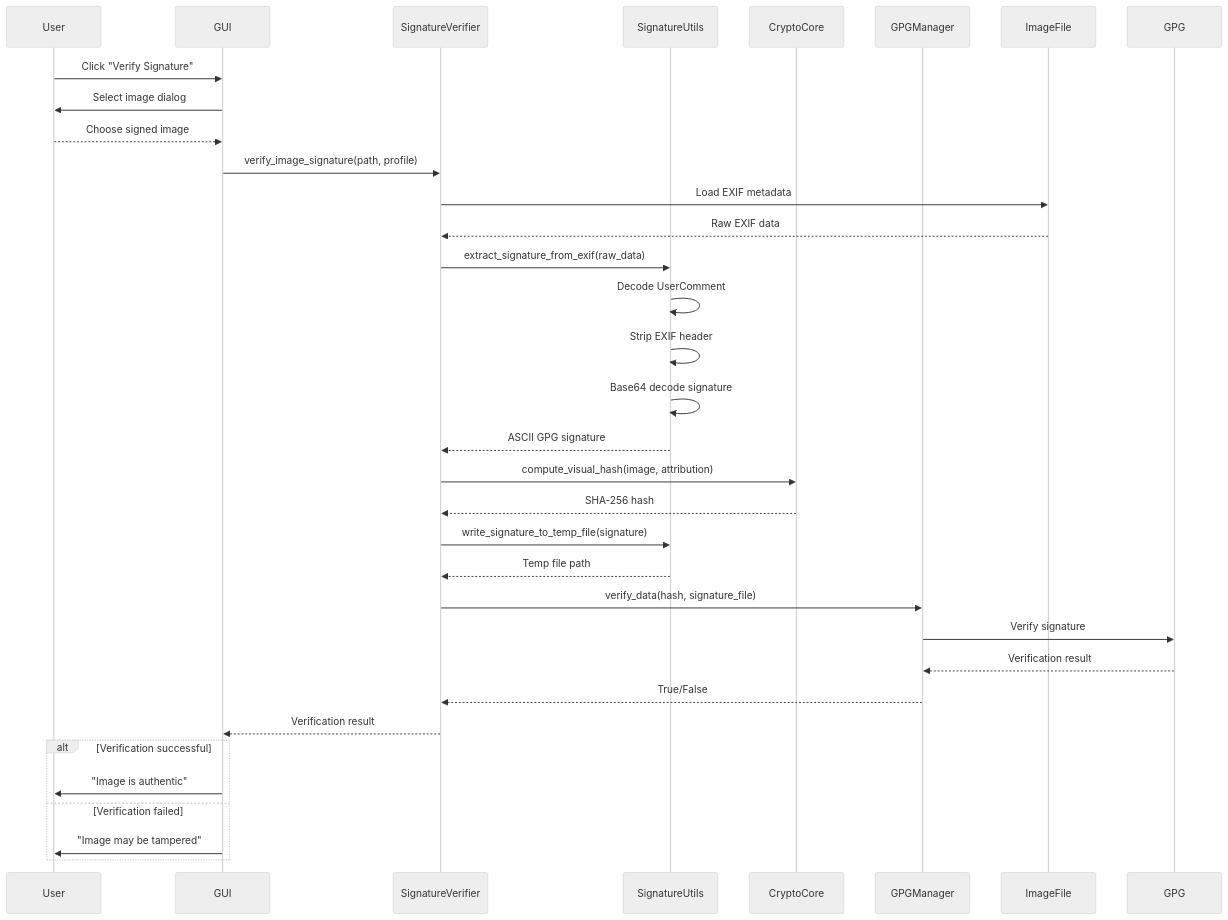
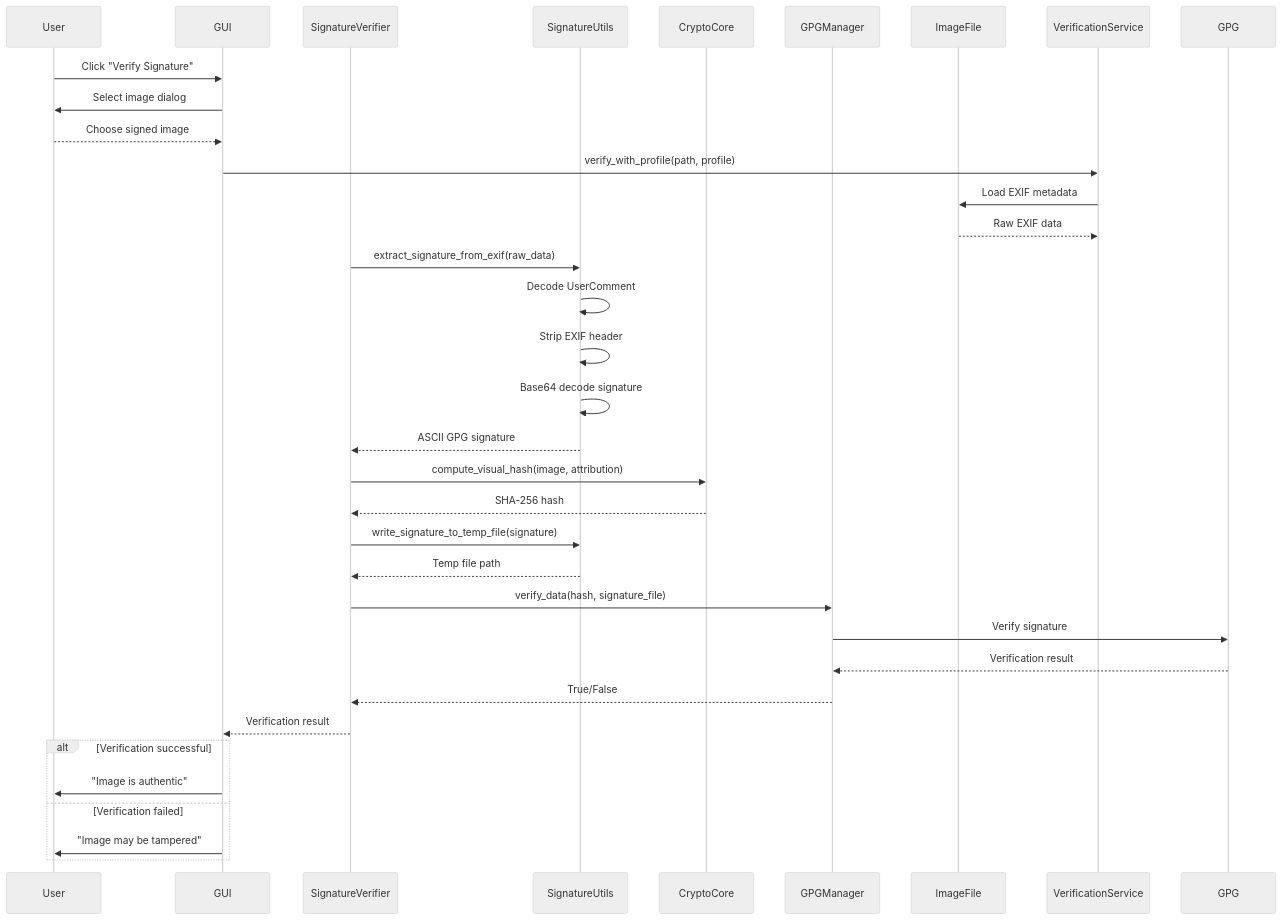
One commit to ennisbl/ImageIP changed the third of 4 diagrams in README.md. Above: the diagram before and after it, drawn with Mermaid (neutral theme). The commit also changed other lines of this file and 21 other files, not shown here.

First line of the commit message:
Implement advanced image comparison and metadata management for copyright verification

````diff
--- a/README.md
+++ b/README.md
@@ -163,44 +163,44 @@
 ```mermaid
 sequenceDiagram
     participant User
     participant GUI
     participant SignatureVerifier
     participant SignatureUtils
     participant CryptoCore
     participant GPGManager
     participant ImageFile
 
     User->>GUI: Click "Verify Signature"
     GUI->>User: Select image dialog
     User-->>GUI: Choose signed image
     
-    GUI->>SignatureVerifier: verify_image_signature(path, profile)
+    GUI->>VerificationService: verify_with_profile(path, profile)
     
-    SignatureVerifier->>ImageFile: Load EXIF metadata
-    ImageFile-->>SignatureVerifier: Raw EXIF data
+    VerificationService->>ImageFile: Load EXIF metadata
+    ImageFile-->>VerificationService: Raw EXIF data
     
     SignatureVerifier->>SignatureUtils: extract_signature_from_exif(raw_data)
     SignatureUtils->>SignatureUtils: Decode UserComment
     SignatureUtils->>SignatureUtils: Strip EXIF header
     SignatureUtils->>SignatureUtils: Base64 decode signature
     SignatureUtils-->>SignatureVerifier: ASCII GPG signature
     
     SignatureVerifier->>CryptoCore: compute_visual_hash(image, attribution)
     CryptoCore-->>SignatureVerifier: SHA-256 hash
     
     SignatureVerifier->>SignatureUtils: write_signature_to_temp_file(signature)
     SignatureUtils-->>SignatureVerifier: Temp file path
     
     SignatureVerifier->>GPGManager: verify_data(hash, signature_file)
     GPGManager->>GPG: Verify signature
     GPG-->>GPGManager: Verification result
     GPGManager-->>SignatureVerifier: True/False
     
     SignatureVerifier-->>GUI: Verification result
     
     alt Verification successful
         GUI->>User: "Image is authentic"
     else Verification failed
         GUI->>User: "Image may be tampered"
     end
 ```
````
